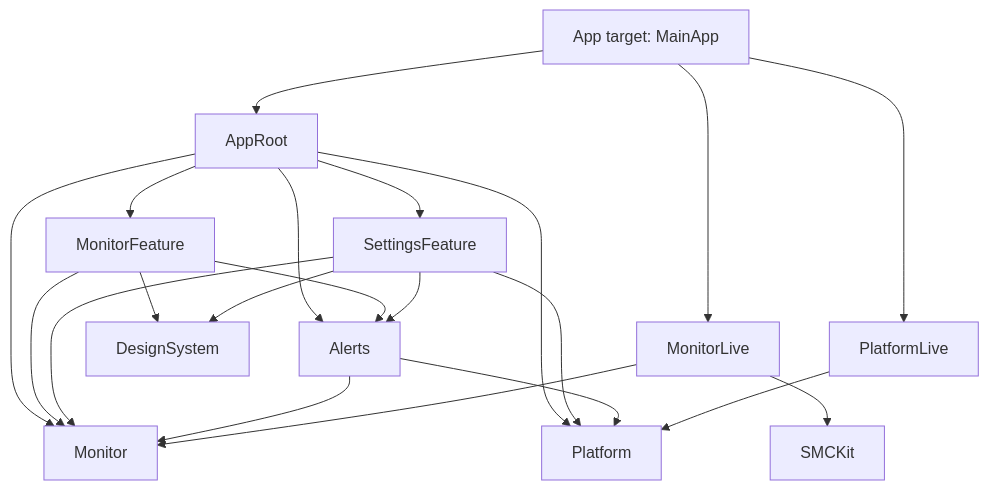
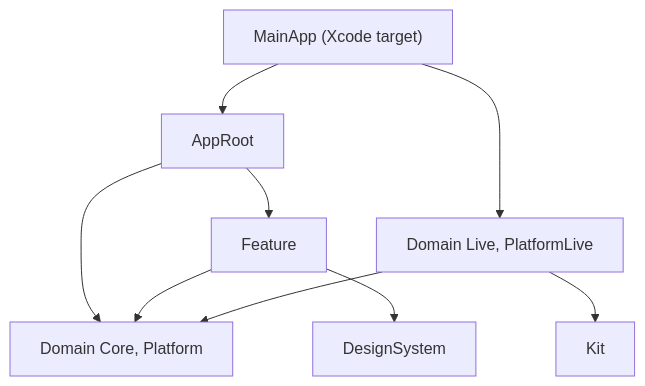
One commit to chengzi-io/macos-swiftui-spm-template changed the second of 4 diagrams in docs/ARCHITECTURE.md. Above: the diagram before and after it, drawn with Mermaid. The commit also changed other lines of this file and 7 other files, not shown here.

First line of the commit message:
docs: trim README, DEVELOPMENT and ARCHITECTURE to one topic each (#7)

````diff
--- a/docs/ARCHITECTURE.md
+++ b/docs/ARCHITECTURE.md
@@ -80,23 +37,11 @@
 ```mermaid
 flowchart TB
-    App["App target: MainApp"] --> AppRoot
-    App --> MonitorLive
-    App --> PlatformLive
-    AppRoot --> MonitorFeature
-    AppRoot --> SettingsFeature
-    AppRoot --> Monitor
-    AppRoot --> Alerts
-    AppRoot --> Platform
-    MonitorFeature --> Monitor
-    MonitorFeature --> Alerts
-    SettingsFeature --> Monitor
-    SettingsFeature --> Alerts
-    SettingsFeature --> Platform
-    MonitorFeature --> DesignSystem
-    SettingsFeature --> DesignSystem
-    Alerts --> Monitor
-    Alerts --> Platform
-    MonitorLive --> Monitor
-    MonitorLive --> SMCKit
-    PlatformLive --> Platform
+    MainApp["MainApp (Xcode target)"] --> AppRoot
+    MainApp --> Live["Domain Live, PlatformLive"]
+    AppRoot --> Feature
+    AppRoot --> Core["Domain Core, Platform"]
+    Feature --> Core
+    Feature --> DS["DesignSystem"]
+    Live --> Core
+    Live --> Kit
 ```
````
